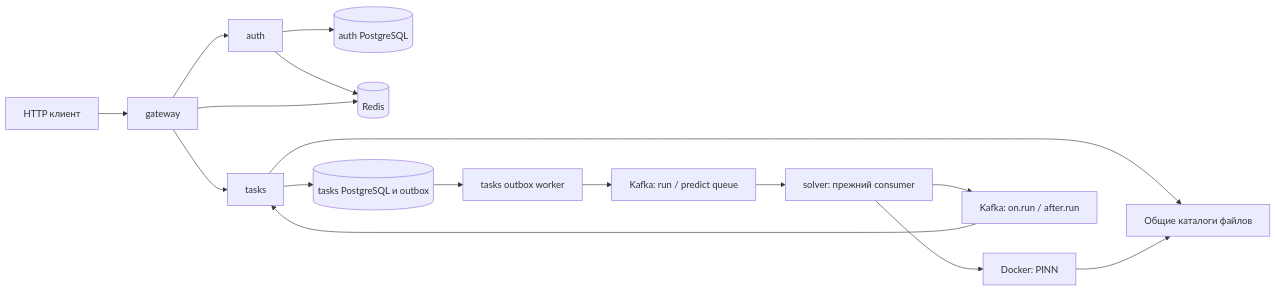
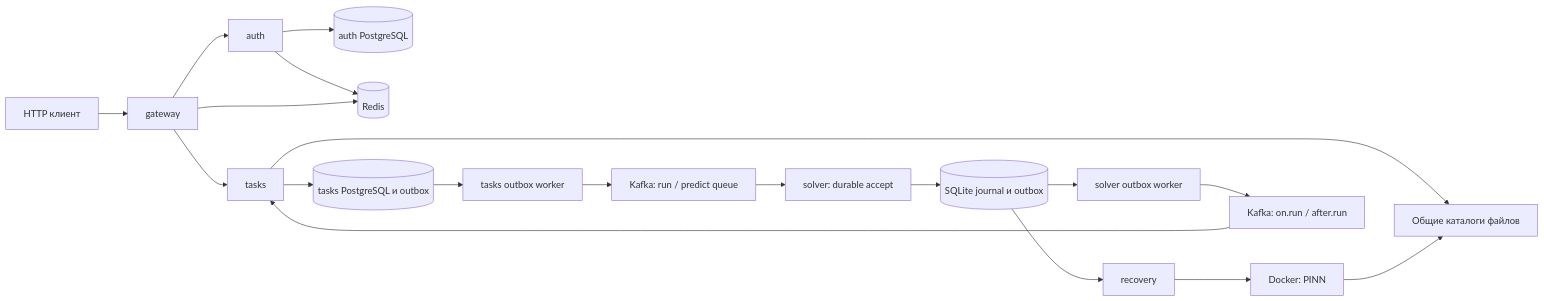
Before and after one commit to AridanWarlock/pinnAutomizer: the diagram in docs/architecture.md, drawn with Mermaid. The commit also changed other lines of this file and 25 other files, not shown here.

Commit message:
feat(solver): run durable command pipeline with bounded admission

````diff
--- a/docs/architecture.md
+++ b/docs/architecture.md
@@ -26,18 +26,21 @@
 ```mermaid
 flowchart LR
     U[HTTP клиент] --> G[gateway]
     G --> A[auth]
     G --> T[tasks]
     A --> AP[(auth PostgreSQL)]
     A --> R[(Redis)]
     G --> R
     T --> TP[(tasks PostgreSQL и outbox)]
     TP --> W[tasks outbox worker]
     W --> Q[Kafka: run / predict queue]
-    Q --> S[solver: прежний consumer]
-    S --> D[Docker: PINN]
+    Q --> S[solver: durable accept]
+    S --> SJ[(SQLite journal и outbox)]
+    SJ --> SW[recovery]
+    SW --> D[Docker: PINN]
     T --> F[Общие каталоги файлов]
     D --> F
-    S --> E[Kafka: on.run / after.run]
+    SJ --> SO[solver outbox worker]
+    SO --> E[Kafka: on.run / after.run]
     E --> T
 ```
````
